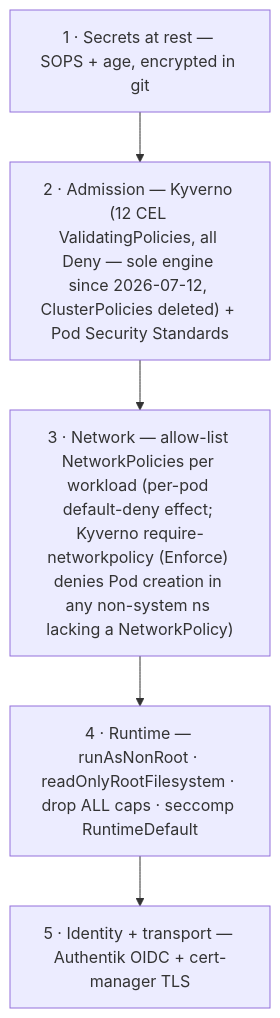
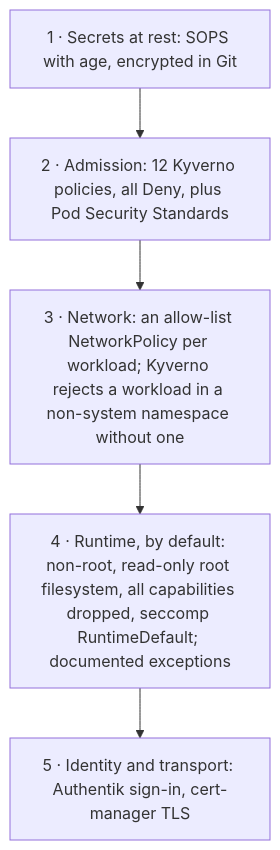
Before and after one commit to AKhozya/homelab: the fourth of 4 diagrams in docs/ARCHITECTURE.md, drawn with Mermaid. The commit also changed other lines of this file and 1 other file, not shown here.

Commit message:
docs: rewrite README and ARCHITECTURE in plain English with re-derived facts and refreshed diagrams

````diff
--- a/docs/ARCHITECTURE.md
+++ b/docs/ARCHITECTURE.md
@@ -110,9 +158,9 @@
 ```mermaid
 flowchart TB
-  L1["1 · Secrets at rest — SOPS + age, encrypted in git"]
-  L2["2 · Admission — Kyverno (12 CEL ValidatingPolicies, all Deny — sole engine since 2026-07-12, ClusterPolicies deleted) + Pod Security Standards"]
-  L3["3 · Network — allow-list NetworkPolicies per workload (per-pod default-deny effect; Kyverno require-networkpolicy (Enforce) denies Pod creation in any non-system ns lacking a NetworkPolicy)"]
-  L4["4 · Runtime — runAsNonRoot · readOnlyRootFilesystem · drop ALL caps · seccomp RuntimeDefault"]
-  L5["5 · Identity + transport — Authentik OIDC + cert-manager TLS"]
+  L1["1 · Secrets at rest: SOPS with age, encrypted in Git"]
+  L2["2 · Admission: 12 Kyverno policies, all Deny, plus Pod Security Standards"]
+  L3["3 · Network: an allow-list NetworkPolicy per workload; Kyverno rejects a workload in a non-system namespace without one"]
+  L4["4 · Runtime, by default: non-root, read-only root filesystem, all capabilities dropped, seccomp RuntimeDefault; documented exceptions"]
+  L5["5 · Identity and transport: Authentik sign-in, cert-manager TLS"]
   L1 --> L2 --> L3 --> L4 --> L5
 ```
````
